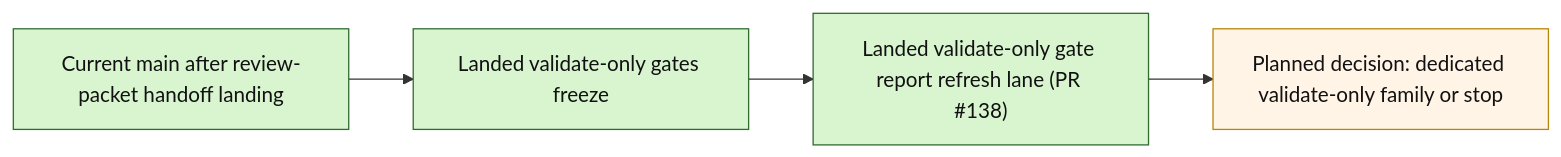
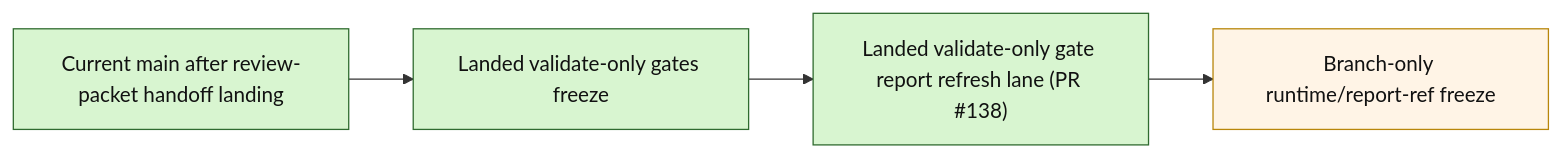
One commit to benjmcd/project6_REPO_MCP_FOLDER changed the second of 2 diagrams in next_milestone_plans/layer3_progress_board.md. Above: the diagram before and after it, drawn with Mermaid. The commit also changed other lines of this file and 9 other files, not shown here.

Commit message:
docs(layer3): freeze validate-only runtime lane

````diff
--- a/next_milestone_plans/layer3_progress_board.md
+++ b/next_milestone_plans/layer3_progress_board.md
@@ -185,13 +190,13 @@
 ```mermaid
 flowchart LR
     A["Current main after review-packet handoff landing"] --> B["Landed validate-only gates freeze"]
     B --> C["Landed validate-only gate report refresh lane (PR #138)"]
-    C --> D["Planned decision: dedicated validate-only family or stop"]
+    C --> D["Branch-only runtime/report-ref freeze"]
 
     classDef done fill:#d8f5d0,stroke:#2f6b2f,color:#111;
     classDef next fill:#fff4e6,stroke:#b8860b,color:#111;
     classDef future fill:#e8e8e8,stroke:#666,color:#111;
 
     class A,B,C done;
     class D next;
 ```
````
